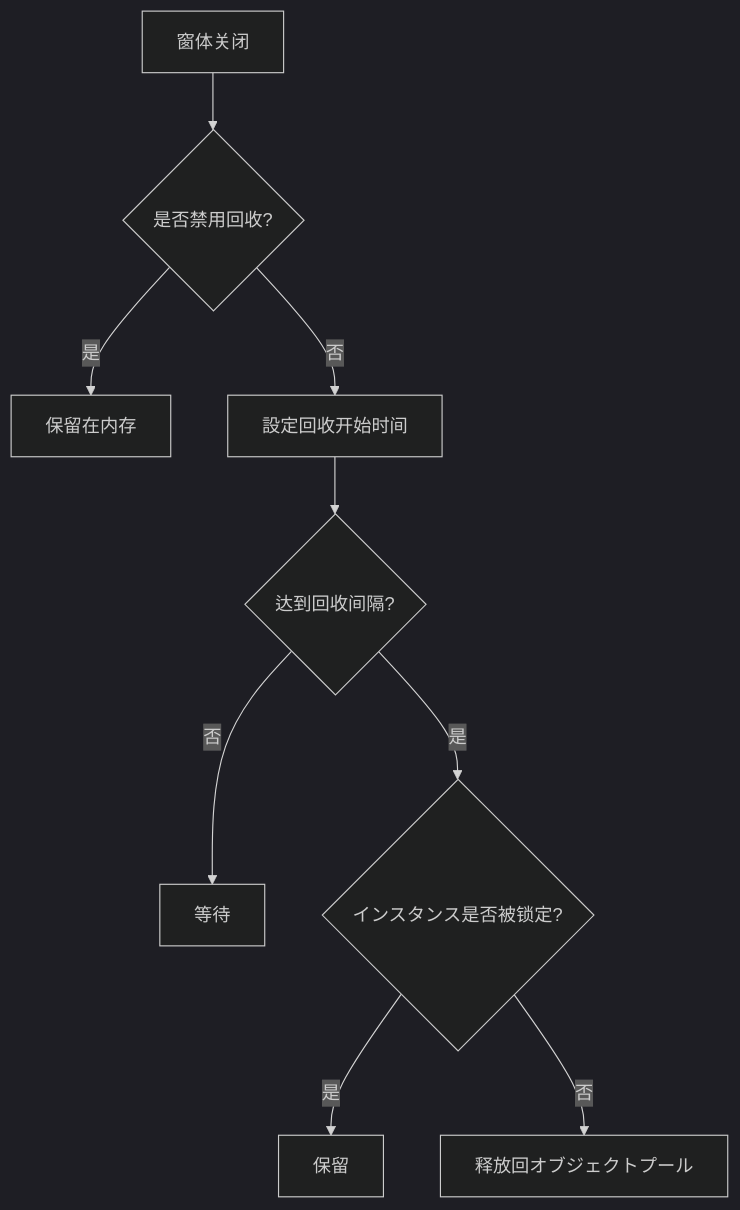
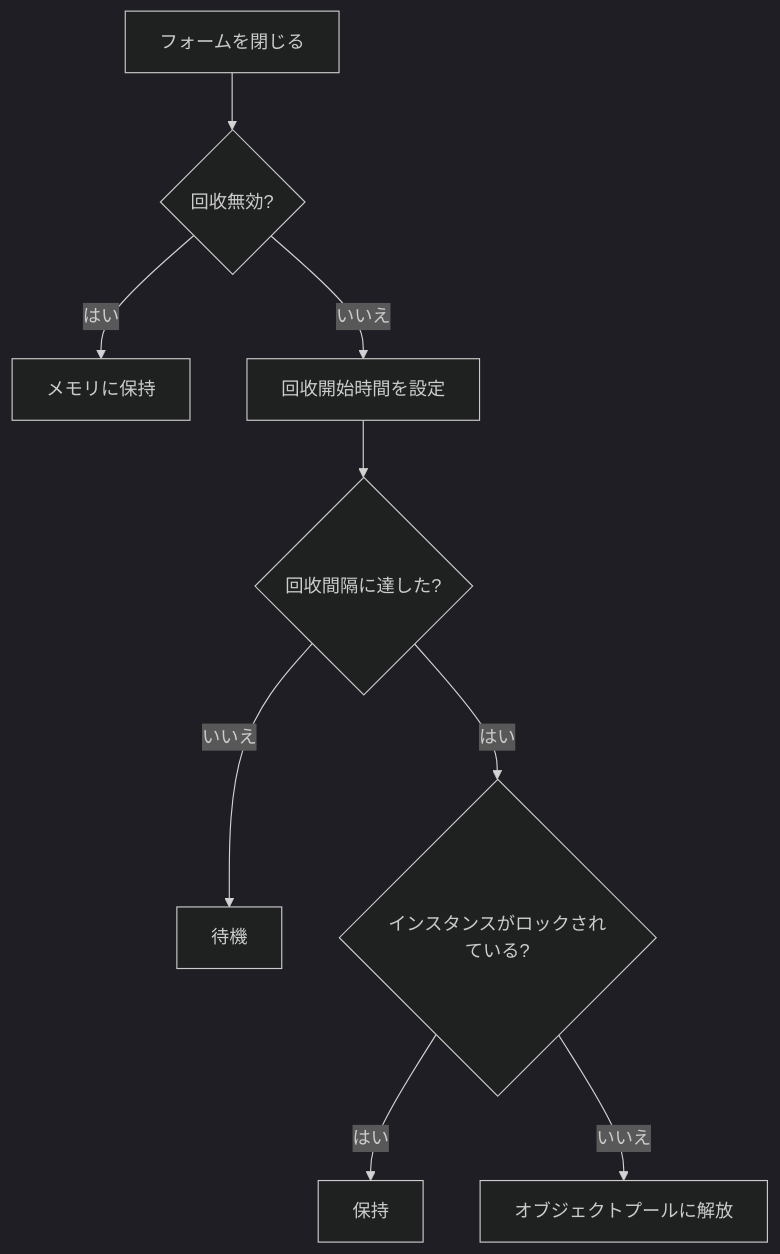
Before and after one commit to AlianBlank/GameFrameX.Docs: the fourth of 4 diagrams in docs/ja/client/unity/component/ui/06.ui-form.md, drawn with Mermaid (dark theme). The commit also changed other lines of this file and 320 other files, not shown here.

````diff
--- a/docs/ja/client/unity/component/ui/06.ui-form.md
+++ b/docs/ja/client/unity/component/ui/06.ui-form.md
@@ -175,11 +175,11 @@
 ```mermaid
 flowchart TD
-    A[窗体关闭] --> B{是否禁用回收?}
-    B -->|是| C[保留在内存]
-    B -->|否| D[設定回收开始时间]
-    D --> E{达到回收间隔?}
-    E -->|否| F[等待]
-    E -->|是| G{インスタンス是否被锁定?}
-    G -->|是| H[保留]
-    G -->|否| I[释放回オブジェクトプール]
+    A[フォームを閉じる] --> B{回收無効?}
+    B -->|はい| C[メモリに保持]
+    B -->|いいえ| D[回收開始時間を設定]
+    D --> E{回收間隔に達した?}
+    E -->|いいえ| F[待機]
+    E -->|はい| G{インスタンスがロックされている?}
+    G -->|はい| H[保持]
+    G -->|いいえ| I[オブジェクトプールに解放]
 ```
````
